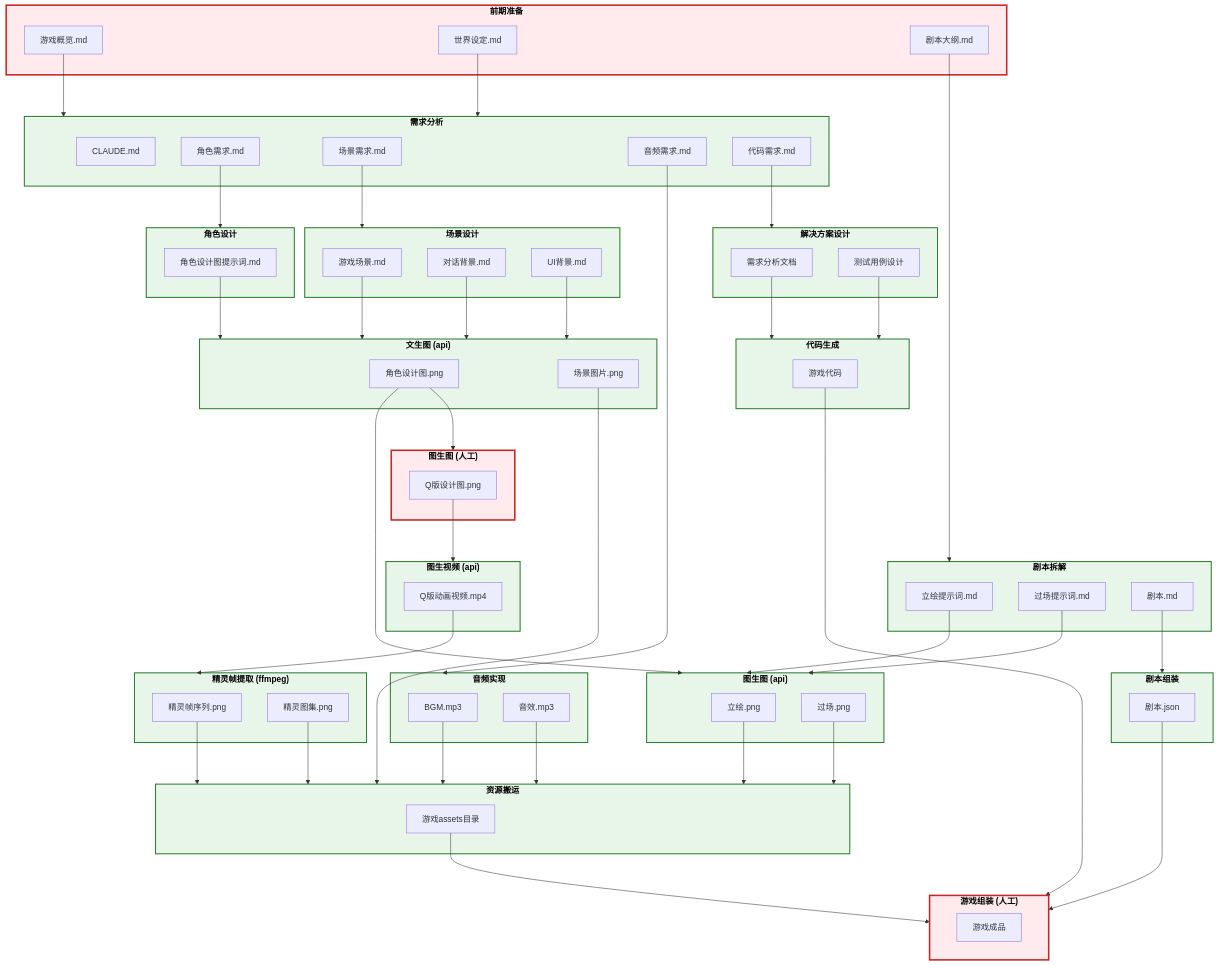
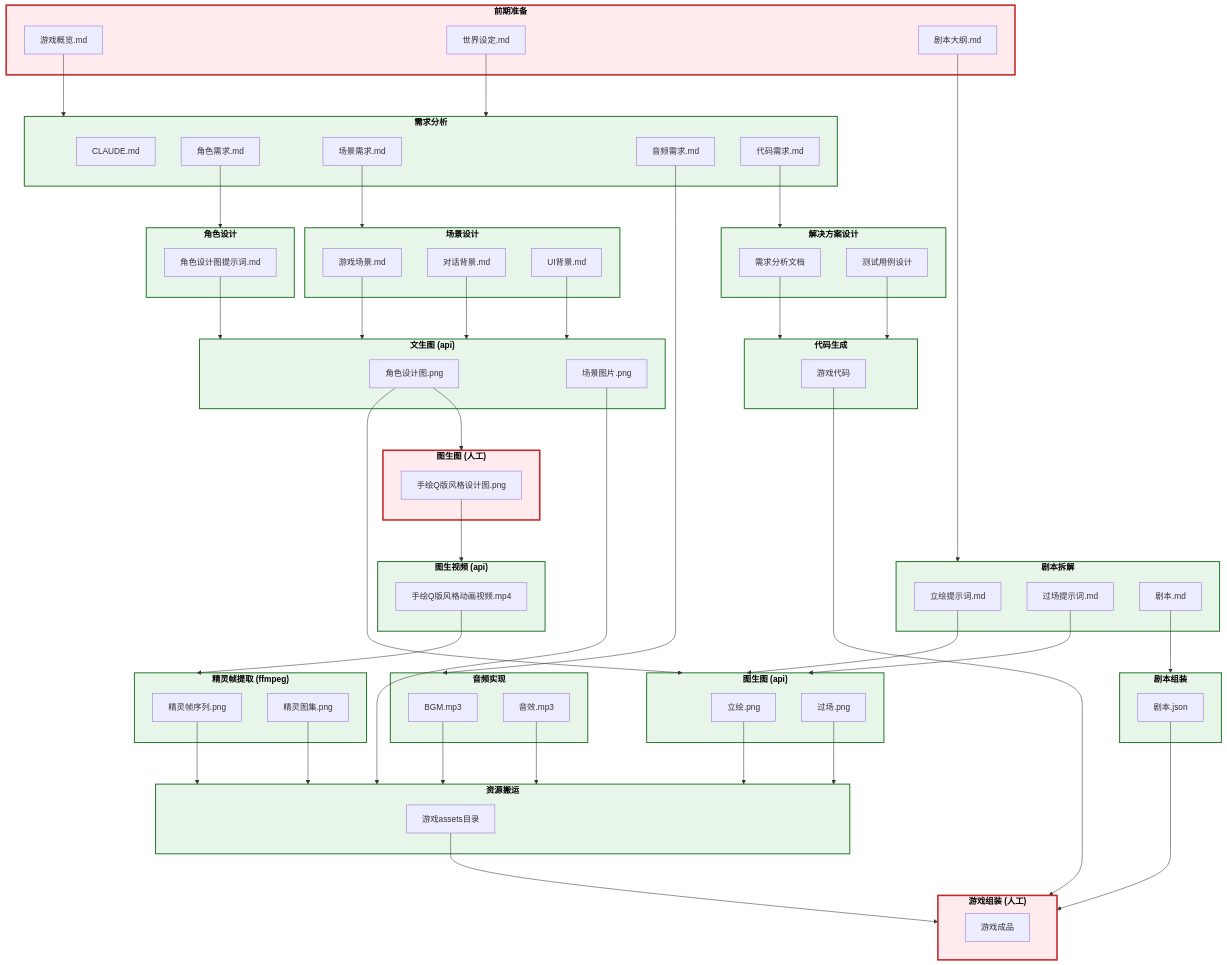
The diagram in README.md (CrazyJinn/AllCopper), drawn with Mermaid before and after one commit. The commit also changed other lines of this file and 360 other files, not shown here.

```diff
--- a/README.md
+++ b/README.md
@@ -58,12 +58,12 @@
 
     %% ========== 图生图(人工) ==========
     subgraph 图生图人工["<b>图生图 (人工)</b>"]
-        S9O1[Q版设计图.png]
+        S9O1[手绘Q版风格设计图.png]
     end
 
     %% ========== 图生视频(api) ==========
     subgraph 图生视频api["<b>图生视频 (api)</b>"]
-        S10O1[Q版动画视频.mp4]
+        S10O1[手绘Q版风格动画视频.mp4]
     end
 
     %% ========== 精灵帧提取 ==========
```
